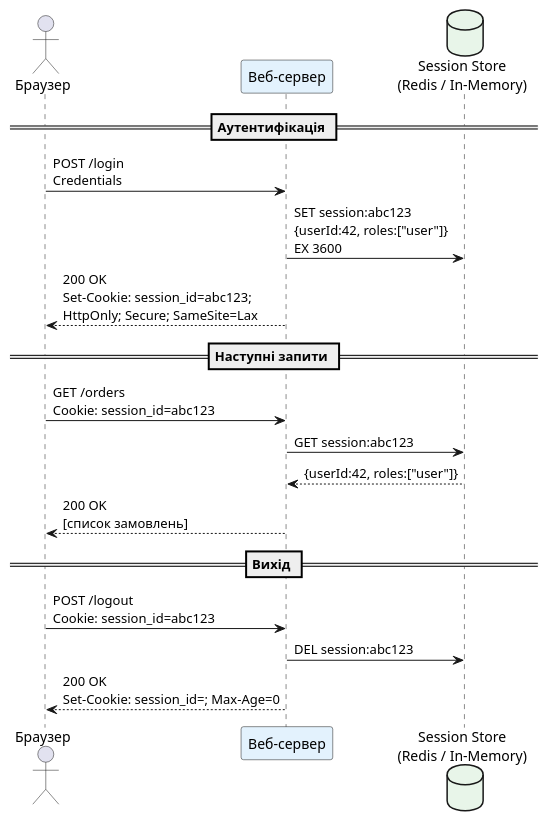
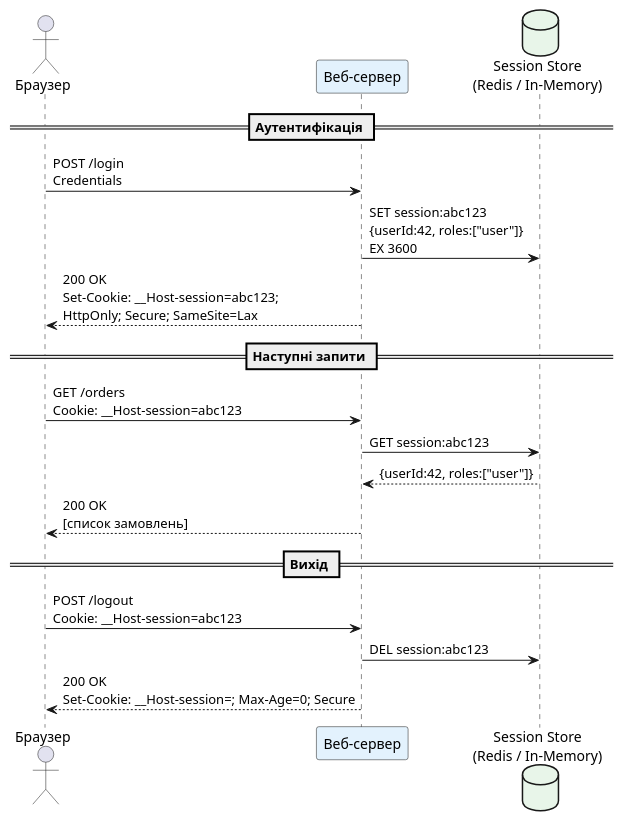
Before and after one commit to UTUBMIR/kostyl.dev: the fifth of 18 diagrams in content/01.csharp/13.network-programming/08.http-advanced.md, drawn with PlantUML. The commit also changed other lines of this file and 2 other files, not shown here.

````diff
--- a/content/01.csharp/13.network-programming/08.http-advanced.md
+++ b/content/01.csharp/13.network-programming/08.http-advanced.md
@@ -273,27 +477,27 @@
 ```plantuml
 @startuml
 skinparam style plain
 skinparam backgroundColor #ffffff
 
 actor "Браузер" as browser
 participant "Веб-сервер" as server #e3f2fd
 database "Session Store\n(Redis / In-Memory)" as store #e8f5e9
 
 == Аутентифікація ==
 browser -> server : POST /login\nCredentials
 server -> store : SET session:abc123\n{userId:42, roles:["user"]}\nEX 3600
-server --> browser : 200 OK\nSet-Cookie: session_id=abc123;\nHttpOnly; Secure; SameSite=Lax
+server --> browser : 200 OK\nSet-Cookie: __Host-session=abc123;\nHttpOnly; Secure; SameSite=Lax
 
 == Наступні запити ==
-browser -> server : GET /orders\nCookie: session_id=abc123
+browser -> server : GET /orders\nCookie: __Host-session=abc123
 server -> store : GET session:abc123
 store --> server : {userId:42, roles:["user"]}
 server --> browser : 200 OK\n[список замовлень]
 
 == Вихід ==
-browser -> server : POST /logout\nCookie: session_id=abc123
+browser -> server : POST /logout\nCookie: __Host-session=abc123
 server -> store : DEL session:abc123
-server --> browser : 200 OK\nSet-Cookie: session_id=; Max-Age=0
+server --> browser : 200 OK\nSet-Cookie: __Host-session=; Max-Age=0; Secure
 
 @enduml
 ```
````
